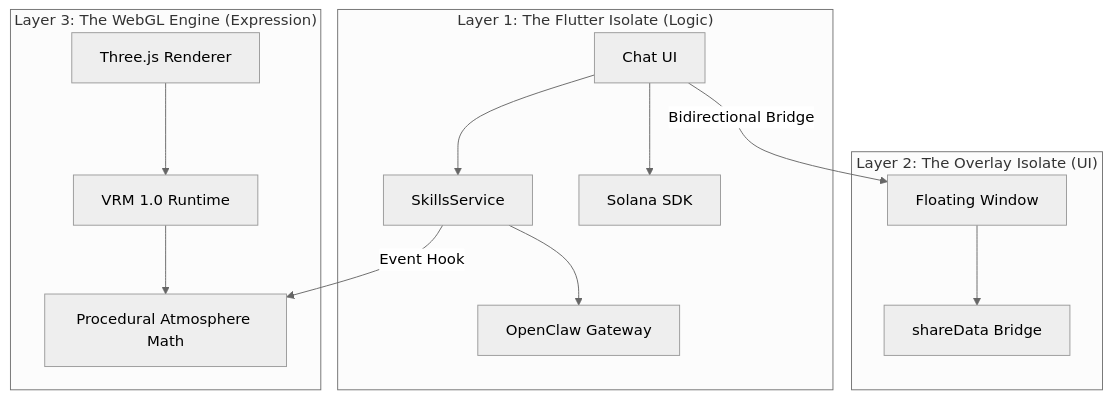
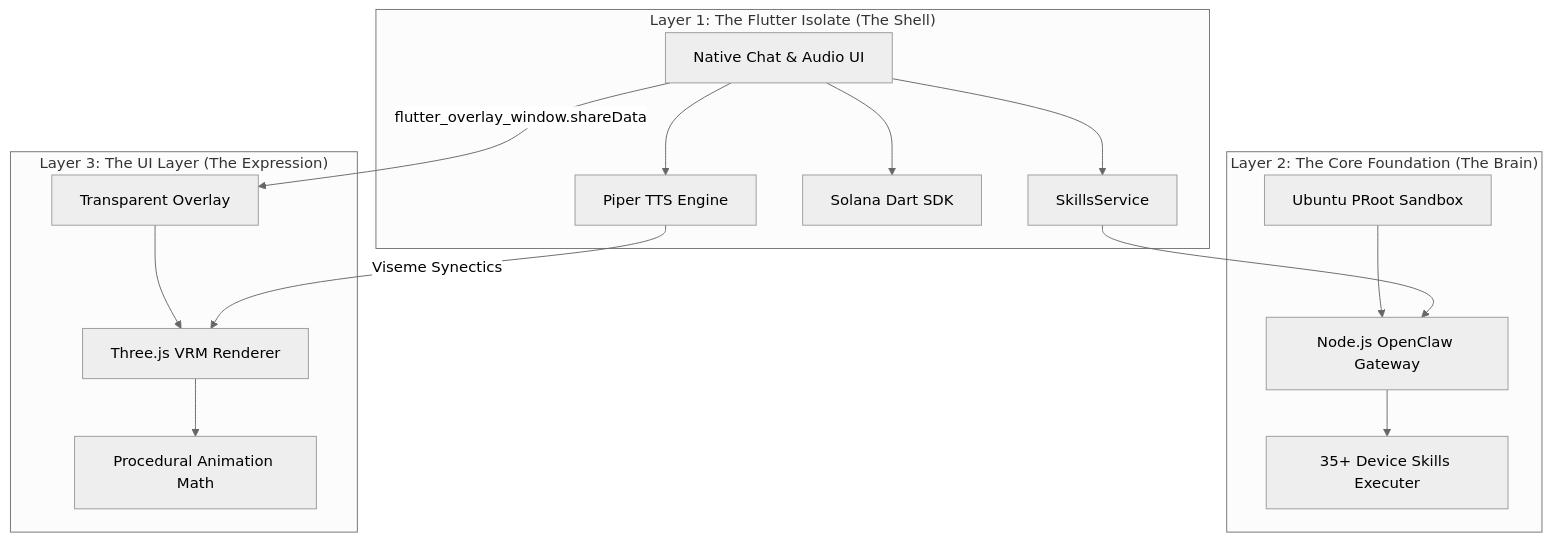
Before and after one commit to vmbbz/plawie: the diagram in README.md, drawn with Mermaid (neutral theme). The commit also changed other lines of this file and 6 other files, not shown here.

````diff
--- a/README.md
+++ b/README.md
@@ -50,20 +76,22 @@
 ```mermaid
 graph TD
-    subgraph "Layer 1: The Flutter Isolate (Logic)"
-        A[Chat UI] --> B[SkillsService]
-        B --> C[OpenClaw Gateway]
-        A --> D[Solana SDK]
+    subgraph "Layer 1: The Flutter Isolate (The Shell)"
+        A[Native Chat & Audio UI] --> B[SkillsService]
+        A --> C[Solana Dart SDK]
+        A --> D[Piper TTS Engine]
     end
 
-    subgraph "Layer 2: The Overlay Isolate (UI)"
-        E[Floating Window] --> F[shareData Bridge]
+    subgraph "Layer 2: The Core Foundation (The Brain)"
+        E[Ubuntu PRoot Sandbox] --> F[Node.js OpenClaw Gateway]
+        B --> F
+        F --> G[35+ Device Skills Executer]
     end
 
-    subgraph "Layer 3: The WebGL Engine (Expression)"
-        G[Three.js Renderer] --> H[VRM 1.0 Runtime]
-        H --> I[Procedural Atmosphere Math]
+    subgraph "Layer 3: The UI Layer (The Expression)"
+        H[Transparent Overlay] --> I[Three.js VRM Renderer]
+        I --> J[Procedural Animation Math]
     end
 
-    A -- "Bidirectional Bridge" --> E
-    B -- "Event Hook" --> I
+    A -- "flutter_overlay_window.shareData" --> H
+    D -- "Viseme Synectics" --> I
 ```
````
